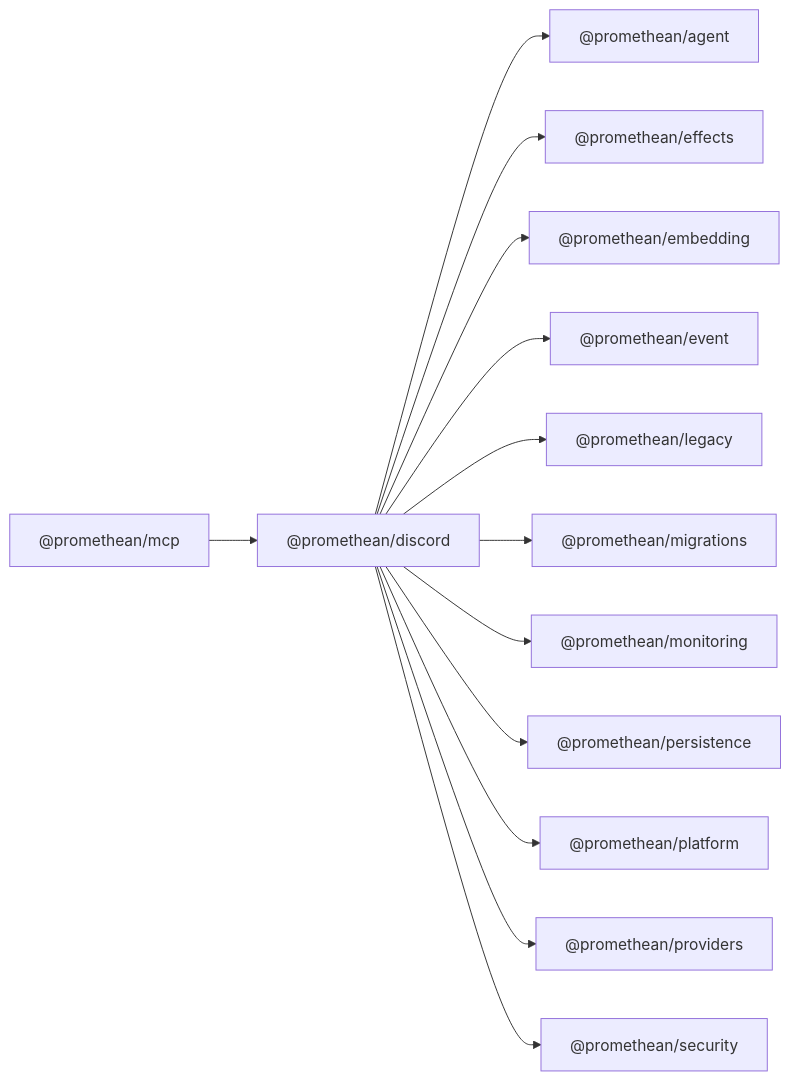
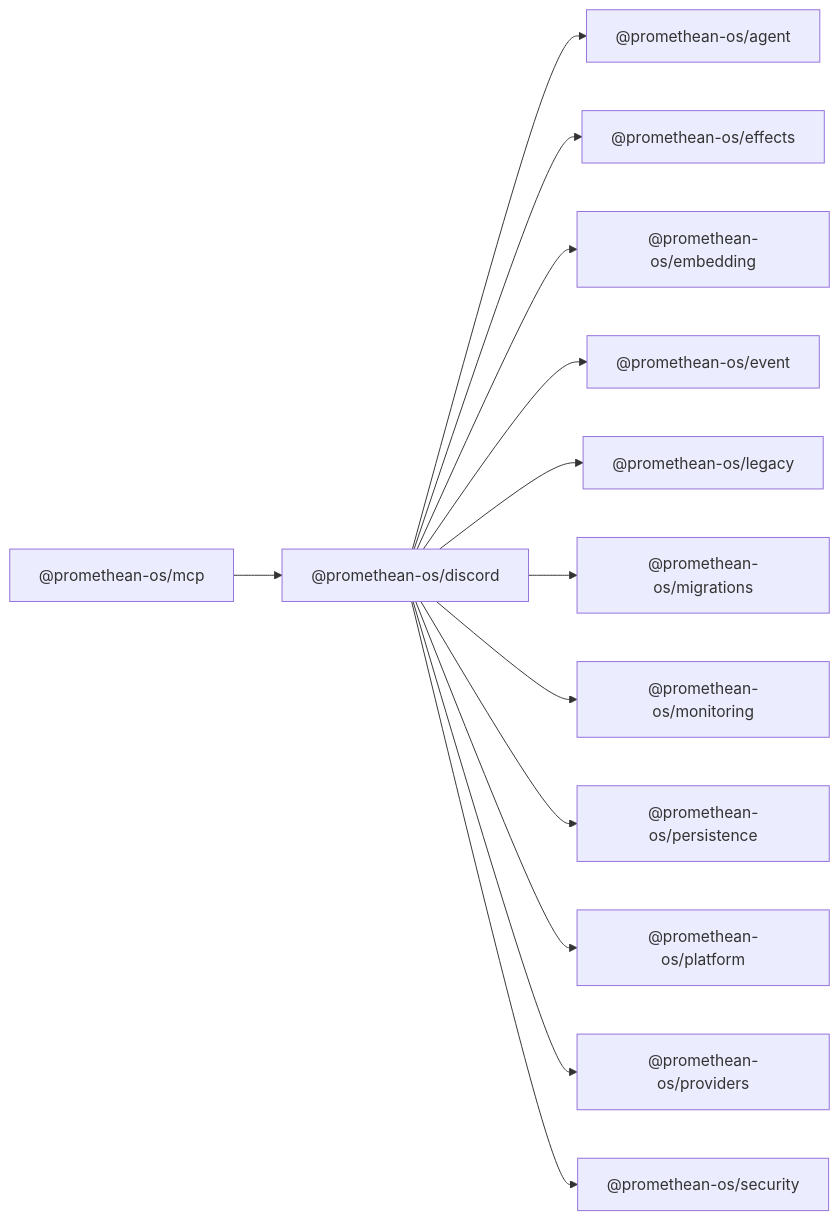
Before and after one commit to octave-commons/promethean: the diagram in docs/packages/discord/README.md, drawn with Mermaid. The commit also changed other lines of this file and 1753 other files, not shown here.

````diff
--- a/docs/packages/discord/README.md
+++ b/docs/packages/discord/README.md
@@ -14,40 +14,40 @@
 ```mermaid
 graph LR
-  A["@promethean/discord"]
-  D1["@promethean/agent"]
-  D2["@promethean/effects"]
-  D3["@promethean/embedding"]
-  D4["@promethean/event"]
-  D5["@promethean/legacy"]
-  D6["@promethean/migrations"]
-  D7["@promethean/monitoring"]
-  D8["@promethean/persistence"]
-  D9["@promethean/platform"]
-  D10["@promethean/providers"]
-  D11["@promethean/security"]
-  R1["@promethean/mcp"]
-  A --> D1["@promethean/agent"]
-  A --> D2["@promethean/effects"]
-  A --> D3["@promethean/embedding"]
-  A --> D4["@promethean/event"]
-  A --> D5["@promethean/legacy"]
-  A --> D6["@promethean/migrations"]
-  A --> D7["@promethean/monitoring"]
-  A --> D8["@promethean/persistence"]
-  A --> D9["@promethean/platform"]
-  A --> D10["@promethean/providers"]
-  A --> D11["@promethean/security"]
-  R1["@promethean/mcp"] --> A
-  click D1 "../agent/README.md" "@promethean/agent"
-  click D2 "../effects/README.md" "@promethean/effects"
-  click D3 "../embedding/README.md" "@promethean/embedding"
-  click D4 "../event/README.md" "@promethean/event"
-  click D5 "../legacy/README.md" "@promethean/legacy"
-  click D6 "../migrations/README.md" "@promethean/migrations"
-  click D7 "../monitoring/README.md" "@promethean/monitoring"
-  click D8 "../persistence/README.md" "@promethean/persistence"
-  click D9 "../platform/README.md" "@promethean/platform"
-  click D10 "../providers/README.md" "@promethean/providers"
-  click D11 "../security/README.md" "@promethean/security"
-  click R1 "../mcp/README.md" "@promethean/mcp"
+  A["@promethean-os/discord"]
+  D1["@promethean-os/agent"]
+  D2["@promethean-os/effects"]
+  D3["@promethean-os/embedding"]
+  D4["@promethean-os/event"]
+  D5["@promethean-os/legacy"]
+  D6["@promethean-os/migrations"]
+  D7["@promethean-os/monitoring"]
+  D8["@promethean-os/persistence"]
+  D9["@promethean-os/platform"]
+  D10["@promethean-os/providers"]
+  D11["@promethean-os/security"]
+  R1["@promethean-os/mcp"]
+  A --> D1["@promethean-os/agent"]
+  A --> D2["@promethean-os/effects"]
+  A --> D3["@promethean-os/embedding"]
+  A --> D4["@promethean-os/event"]
+  A --> D5["@promethean-os/legacy"]
+  A --> D6["@promethean-os/migrations"]
+  A --> D7["@promethean-os/monitoring"]
+  A --> D8["@promethean-os/persistence"]
+  A --> D9["@promethean-os/platform"]
+  A --> D10["@promethean-os/providers"]
+  A --> D11["@promethean-os/security"]
+  R1["@promethean-os/mcp"] --> A
+  click D1 "../agent/README.md" "@promethean-os/agent"
+  click D2 "../effects/README.md" "@promethean-os/effects"
+  click D3 "../embedding/README.md" "@promethean-os/embedding"
+  click D4 "../event/README.md" "@promethean-os/event"
+  click D5 "../legacy/README.md" "@promethean-os/legacy"
+  click D6 "../migrations/README.md" "@promethean-os/migrations"
+  click D7 "../monitoring/README.md" "@promethean-os/monitoring"
+  click D8 "../persistence/README.md" "@promethean-os/persistence"
+  click D9 "../platform/README.md" "@promethean-os/platform"
+  click D10 "../providers/README.md" "@promethean-os/providers"
+  click D11 "../security/README.md" "@promethean-os/security"
+  click R1 "../mcp/README.md" "@promethean-os/mcp"
 ```
````
